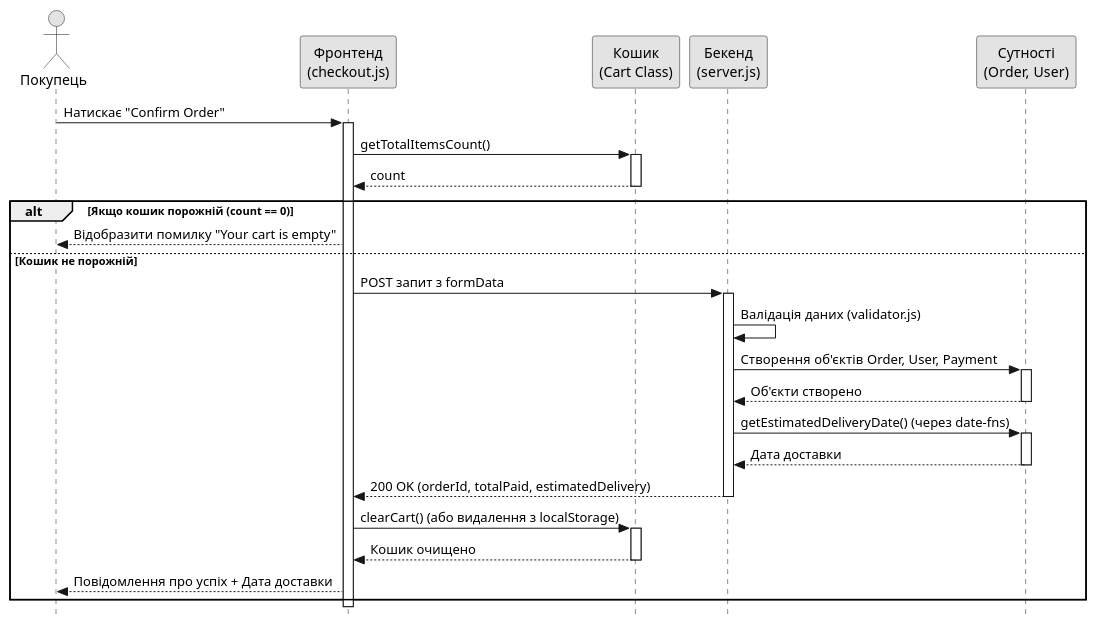
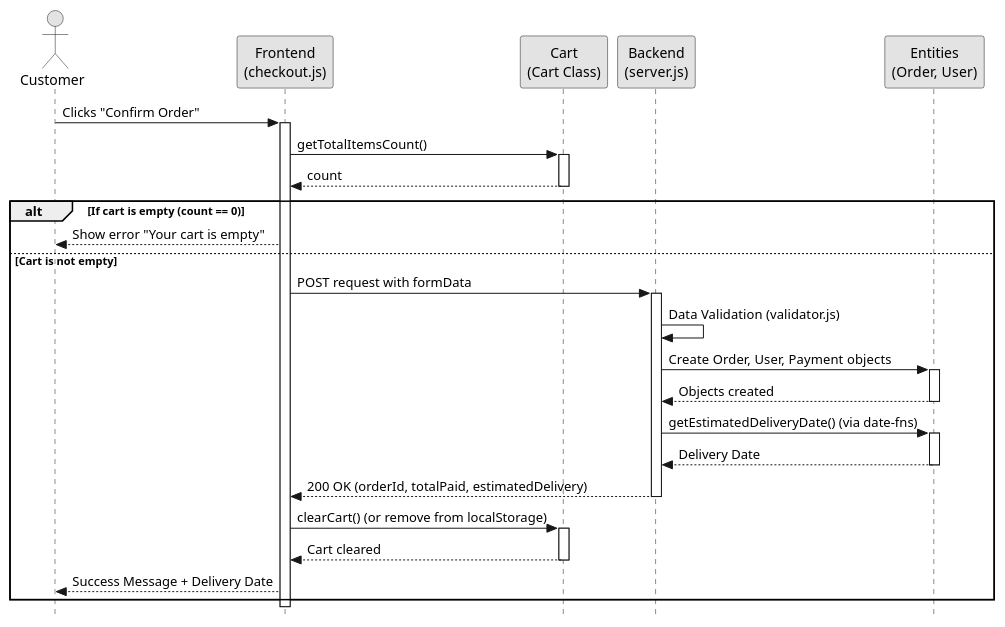
The diagram in docs/diagrams/sequence.puml (Sakharochok/flower-shop), drawn with PlantUML before and after one commit. The commit also changed 22 other files, not shown here.

Commit message:
Refactoring, Strategy Pattern implementation, and UML diagrams

```diff
--- a/docs/diagrams/sequence.puml
+++ b/docs/diagrams/sequence.puml
@@ -1,49 +1,49 @@
 @startuml
 skinparam style strictuml
 skinparam monochrome true
 
-actor "Покупець" as User
-participant "Фронтенд\n(checkout.js)" as Client
-participant "Кошик\n(Cart Class)" as Cart
-participant "Бекенд\n(server.js)" as Server
-participant "Сутності\n(Order, User)" as Entities
+actor "Customer" as User
+participant "Frontend\n(checkout.js)" as Client
+participant "Cart\n(Cart Class)" as Cart
+participant "Backend\n(server.js)" as Server
+participant "Entities\n(Order, User)" as Entities
 
-User -> Client : Натискає "Confirm Order"
+User -> Client : Clicks "Confirm Order"
 activate Client
 
 Client -> Cart : getTotalItemsCount()
 activate Cart
 Cart --> Client : count
 deactivate Cart
 
-alt Якщо кошик порожній (count == 0)
-    Client --> User : Відобразити помилку "Your cart is empty"
-else Кошик не порожній
-    Client -> Server : POST запит з formData
+alt If cart is empty (count == 0)
+    Client --> User : Show error "Your cart is empty"
+else Cart is not empty
+    Client -> Server : POST request with formData
     activate Server
     
-    Server -> Server : Валідація даних (validator.js)
+    Server -> Server : Data Validation (validator.js)
     
-    Server -> Entities : Створення об'єктів Order, User, Payment
+    Server -> Entities : Create Order, User, Payment objects
     activate Entities
-    Entities --> Server : Об'єкти створено
+    Entities --> Server : Objects created
     deactivate Entities
     
-    Server -> Entities : getEstimatedDeliveryDate() (через date-fns)
+    Server -> Entities : getEstimatedDeliveryDate() (via date-fns)
     activate Entities
-    Entities --> Server : Дата доставки
+    Entities --> Server : Delivery Date
     deactivate Entities
     
     Server --> Client : 200 OK (orderId, totalPaid, estimatedDelivery)
     deactivate Server
     
-    Client -> Cart : clearCart() (або видалення з localStorage)
+    Client -> Cart : clearCart() (or remove from localStorage)
     activate Cart
-    Cart --> Client : Кошик очищено
+    Cart --> Client : Cart cleared
     deactivate Cart
     
-    Client --> User : Повідомлення про успіх + Дата доставки
+    Client --> User : Success Message + Delivery Date
 end
 
 deactivate Client
 @enduml
```
